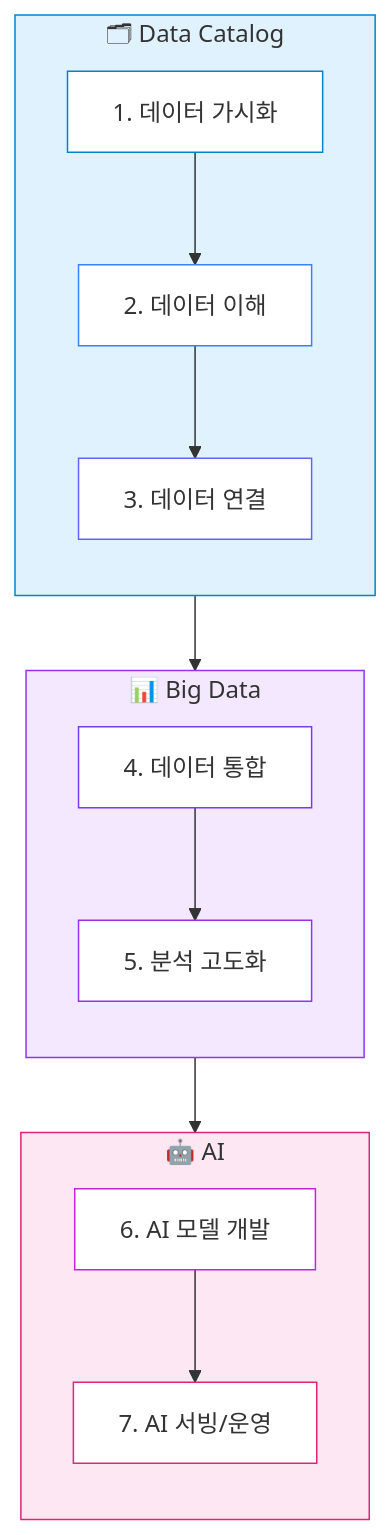
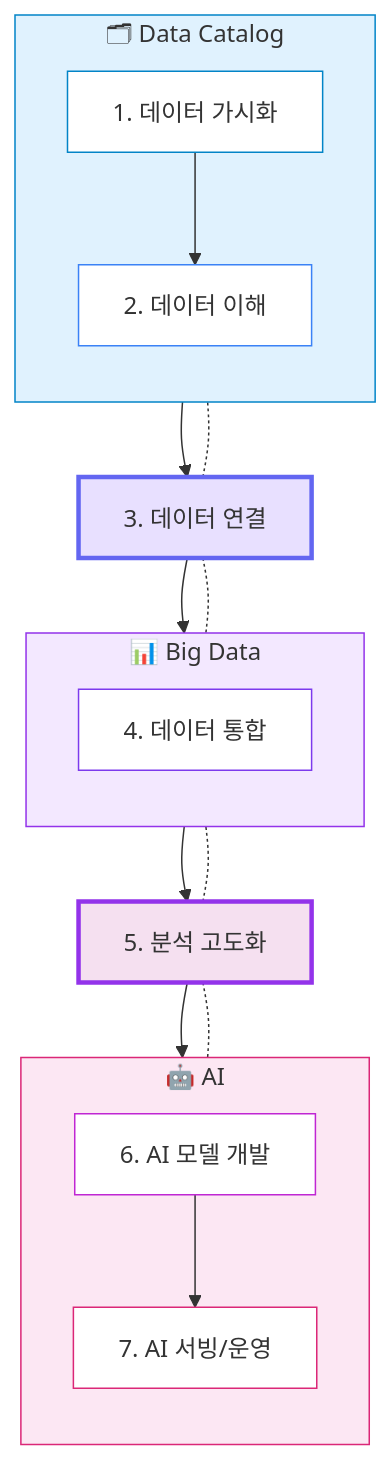
The sixth of 6 diagrams in argus-catalog-server/docs/architecture.md (TheOpenCloudEngine/argus), drawn with Mermaid before and after one commit.

Commit message:
Place overlapping stages (3, 5) between groups in AI Journey
- Stage 3 (데이터 연결) placed between Data Catalog and Big Data
- Stage 5 (분석 고도화) placed between Big Data and AI
- Dotted lines connect bridging stages to both adjacent groups
- Thicker borders on bridging stages for visual emphasis

````diff
--- a/argus-catalog-server/docs/architecture.md
+++ b/argus-catalog-server/docs/architecture.md
@@ -308,32 +308,41 @@
 ```mermaid
 flowchart TB
     subgraph DC["🗂 Data Catalog"]
         direction TB
-        S1["1. 데이터 가시화"] --> S2["2. 데이터 이해"] --> S3["3. 데이터 연결"]
+        S1["1. 데이터 가시화"] --> S2["2. 데이터 이해"]
     end
+
+    S2 --> S3["3. 데이터 연결"]
 
     subgraph BD["📊 Big Data"]
         direction TB
-        S4["4. 데이터 통합"] --> S5["5. 분석 고도화"]
+        S4["4. 데이터 통합"]
     end
+
+    S3 --> S4
+    S4 --> S5["5. 분석 고도화"]
 
     subgraph AI["🤖 AI"]
         direction TB
         S6["6. AI 모델 개발"] --> S7["7. AI 서빙/운영"]
     end
 
-    S3 --> S4
     S5 --> S6
+
+    S3 -.- DC
+    S3 -.- BD
+    S5 -.- BD
+    S5 -.- AI
 
     style DC fill:#e0f2fe,stroke:#0284c7
     style BD fill:#f3e8ff,stroke:#9333ea
     style AI fill:#fce7f3,stroke:#db2777
 
     style S1 fill:#fff,stroke:#0284c7
     style S2 fill:#fff,stroke:#3b82f6
-    style S3 fill:#fff,stroke:#6366f1
+    style S3 fill:#e8e0ff,stroke:#6366f1,stroke-width:3px
     style S4 fill:#fff,stroke:#7c3aed
-    style S5 fill:#fff,stroke:#9333ea
+    style S5 fill:#f5e0f0,stroke:#9333ea,stroke-width:3px
     style S6 fill:#fff,stroke:#c026d3
     style S7 fill:#fff,stroke:#db2777
 ```
````
